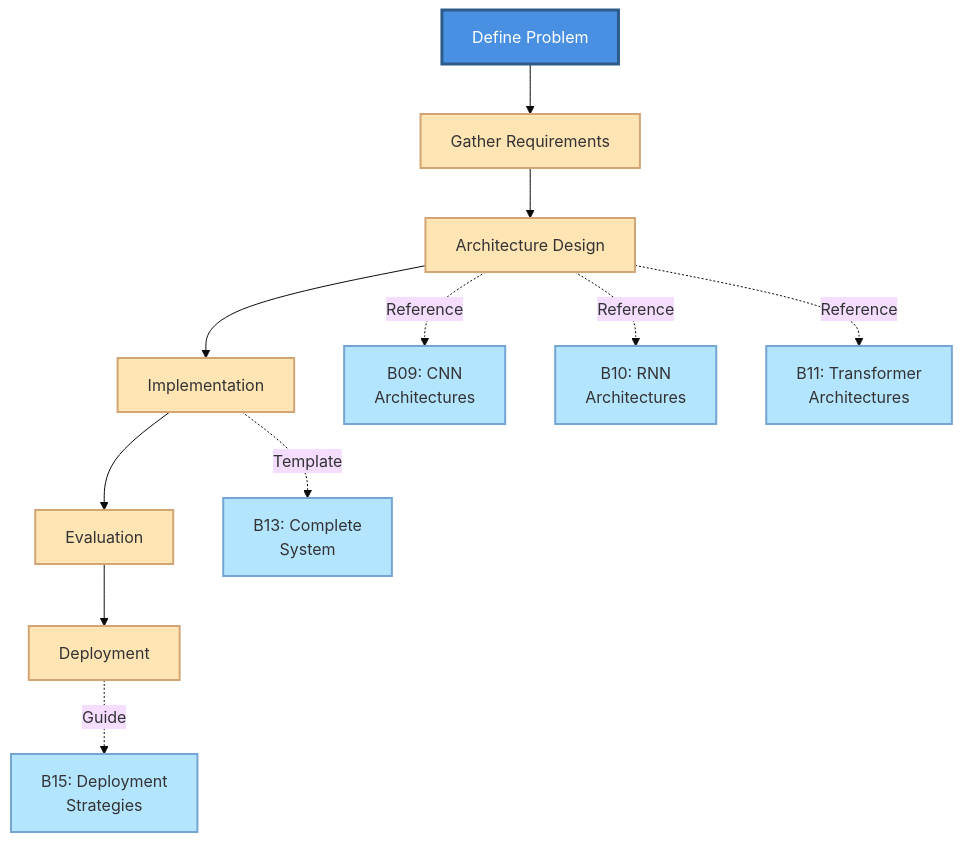
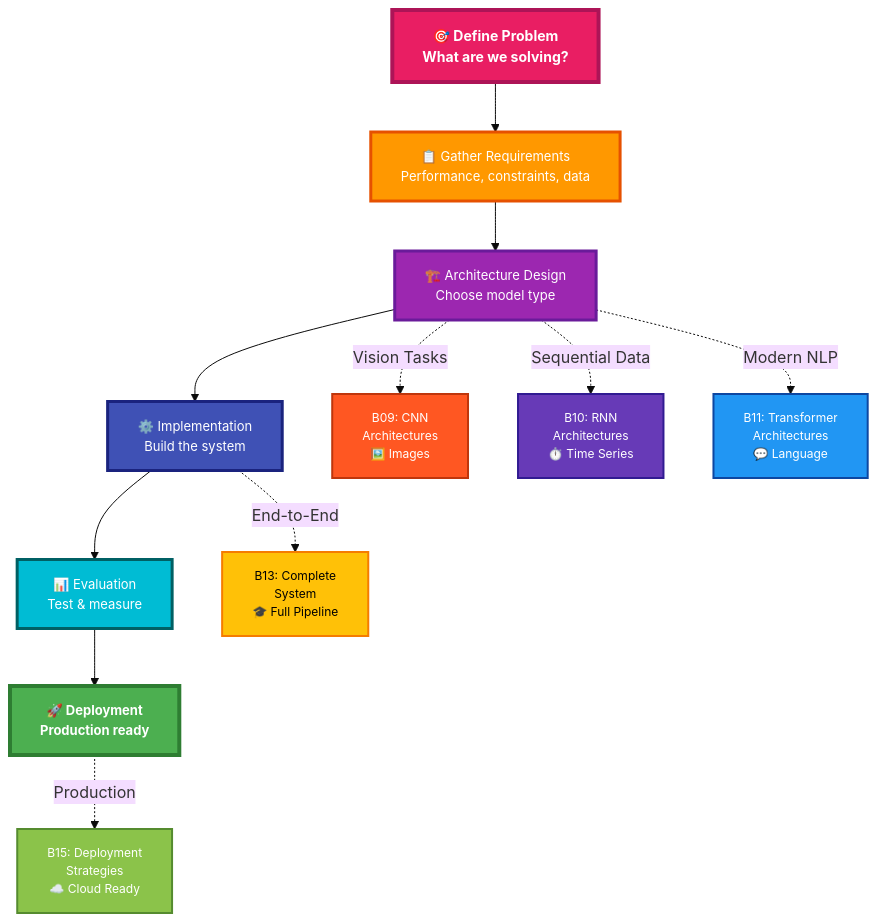
The third of 7 diagrams in MAI_STUDENT_GUIDE.md (nexageapps/AI), drawn with Mermaid (base theme) before and after one commit. The commit also changed other lines of this file, not shown here.

````diff
--- a/MAI_STUDENT_GUIDE.md
+++ b/MAI_STUDENT_GUIDE.md
@@ -241,26 +249,34 @@
 ```mermaid
 graph TD
-    Problem[Define Problem]:::start
-    Requirements[Gather Requirements]:::step
-    Design[Architecture Design]:::step
-    Implement[Implementation]:::step
-    Evaluate[Evaluation]:::step
-    Deploy[Deployment]:::step
+    Problem["🎯 Define Problem<br/>What are we solving?"]:::start
+    Requirements["📋 Gather Requirements<br/>Performance, constraints, data"]:::step
+    Design["🏗️ Architecture Design<br/>Choose model type"]:::design
+    Implement["⚙️ Implementation<br/>Build the system"]:::implement
+    Evaluate["📊 Evaluation<br/>Test & measure"]:::evaluate
+    Deploy["🚀 Deployment<br/>Production ready"]:::deploy
     
     Problem --> Requirements
     Requirements --> Design
     Design --> Implement
     Implement --> Evaluate
     Evaluate --> Deploy
     
-    Design -.->|Reference| B09[B09: CNN<br/>Architectures]:::lesson
-    Design -.->|Reference| B10[B10: RNN<br/>Architectures]:::lesson
-    Design -.->|Reference| B11[B11: Transformer<br/>Architectures]:::lesson
+    Design -.->|"Vision Tasks"| B09["B09: CNN<br/>Architectures<br/>🖼️ Images"]:::cnn
+    Design -.->|"Sequential Data"| B10["B10: RNN<br/>Architectures<br/>⏱️ Time Series"]:::rnn
+    Design -.->|"Modern NLP"| B11["B11: Transformer<br/>Architectures<br/>💬 Language"]:::transformer
     
-    Implement -.->|Template| B13[B13: Complete<br/>System]:::lesson
-    Deploy -.->|Guide| B15[B15: Deployment<br/>Strategies]:::lesson
+    Implement -.->|"End-to-End"| B13["B13: Complete<br/>System<br/>🎓 Full Pipeline"]:::system
+    Deploy -.->|"Production"| B15["B15: Deployment<br/>Strategies<br/>☁️ Cloud Ready"]:::production
     
-    classDef start fill:#4A90E2,stroke:#2E5C8A,stroke-width:3px,color:#fff
-    classDef step fill:#FFE5B4,stroke:#D4A574,stroke-width:2px
-    classDef lesson fill:#B4E5FF,stroke:#74A5D4,stroke-width:2px
+    classDef start fill:#E91E63,stroke:#AD1457,stroke-width:4px,color:#fff,font-size:14px,font-weight:bold
+    classDef step fill:#FF9800,stroke:#E65100,stroke-width:3px,color:#fff,font-size:13px
+    classDef design fill:#9C27B0,stroke:#6A1B9A,stroke-width:3px,color:#fff,font-size:13px
+    classDef implement fill:#3F51B5,stroke:#1A237E,stroke-width:3px,color:#fff,font-size:13px
+    classDef evaluate fill:#00BCD4,stroke:#006064,stroke-width:3px,color:#fff,font-size:13px
+    classDef deploy fill:#4CAF50,stroke:#2E7D32,stroke-width:4px,color:#fff,font-size:13px,font-weight:bold
+    classDef cnn fill:#FF5722,stroke:#BF360C,stroke-width:2px,color:#fff,font-size:12px
+    classDef rnn fill:#673AB7,stroke:#311B92,stroke-width:2px,color:#fff,font-size:12px
+    classDef transformer fill:#2196F3,stroke:#0D47A1,stroke-width:2px,color:#fff,font-size:12px
+    classDef system fill:#FFC107,stroke:#F57C00,stroke-width:2px,color:#000,font-size:12px
+    classDef production fill:#8BC34A,stroke:#558B2F,stroke-width:2px,color:#fff,font-size:12px
 ```
````
